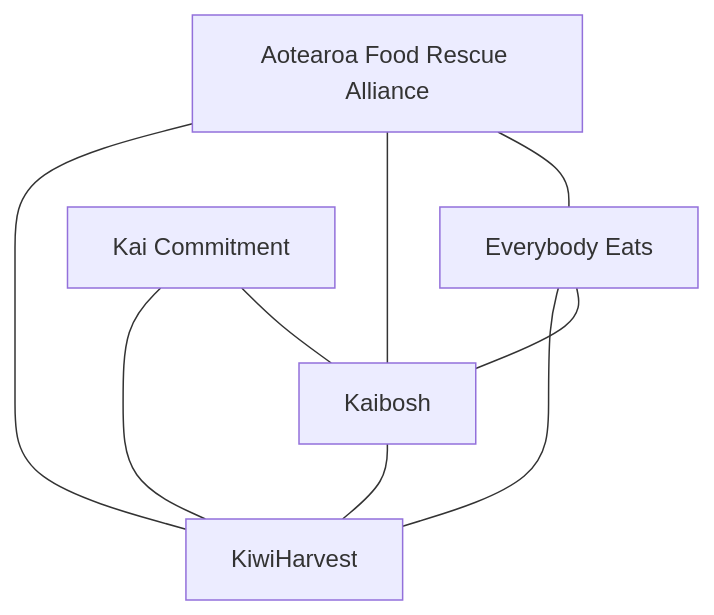
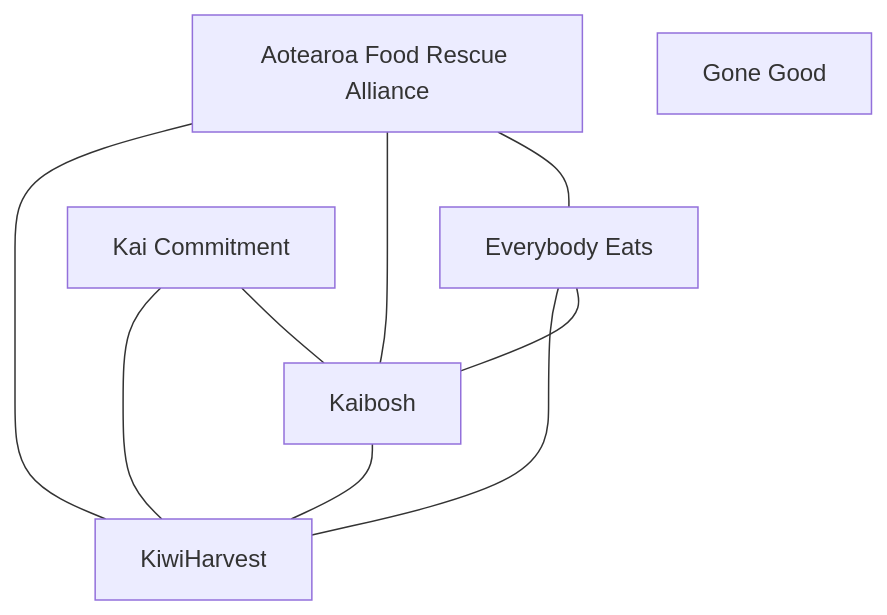
Before and after one commit to olitreadwell/nz-tech-for-good: the sixth of 22 diagrams in GUIDE.md, drawn with Mermaid. The commit also changed other lines of this file and 4 other files, not shown here.

````diff
--- a/GUIDE.md
+++ b/GUIDE.md
@@ -166,16 +167,17 @@
 ```mermaid
 flowchart TD
     n_AotearoaFoodRescueAllian["Aotearoa Food Rescue Alliance"]
     n_EverybodyEats["Everybody Eats"]
+    n_GoneGood["Gone Good"]
     n_KaiCommitment["Kai Commitment"]
     n_Kaibosh["Kaibosh"]
     n_KiwiHarvest["KiwiHarvest"]
     n_AotearoaFoodRescueAllian --- n_EverybodyEats
     n_AotearoaFoodRescueAllian --- n_Kaibosh
     n_AotearoaFoodRescueAllian --- n_KiwiHarvest
     n_EverybodyEats --- n_Kaibosh
     n_EverybodyEats --- n_KiwiHarvest
     n_KaiCommitment --- n_Kaibosh
     n_KaiCommitment --- n_KiwiHarvest
     n_Kaibosh --- n_KiwiHarvest
 ```
````
